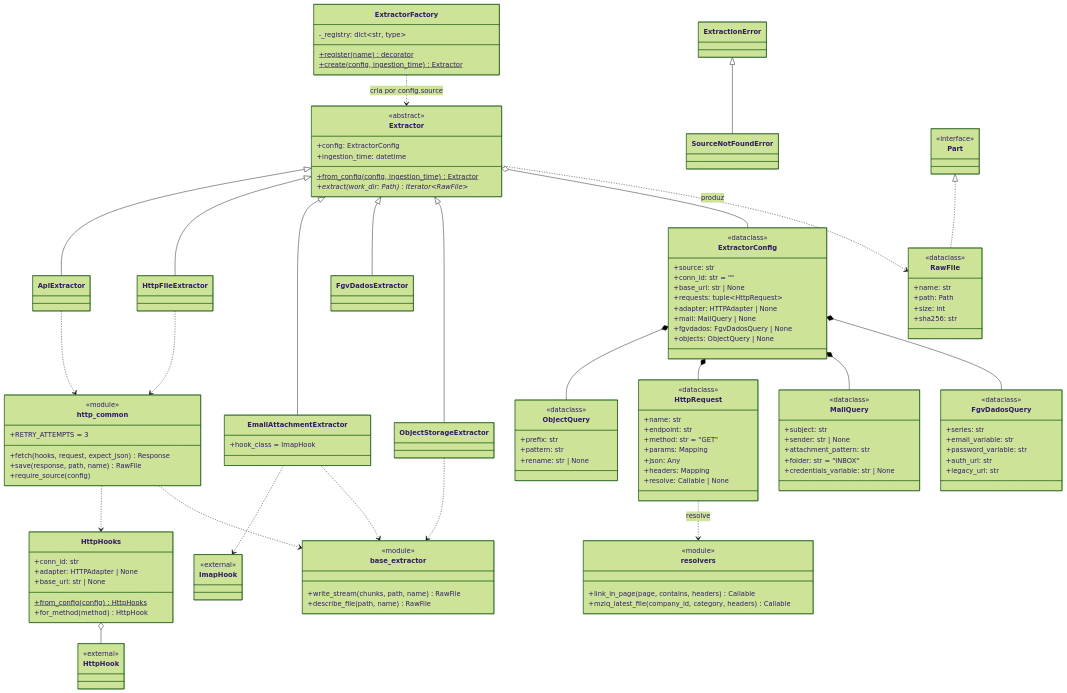
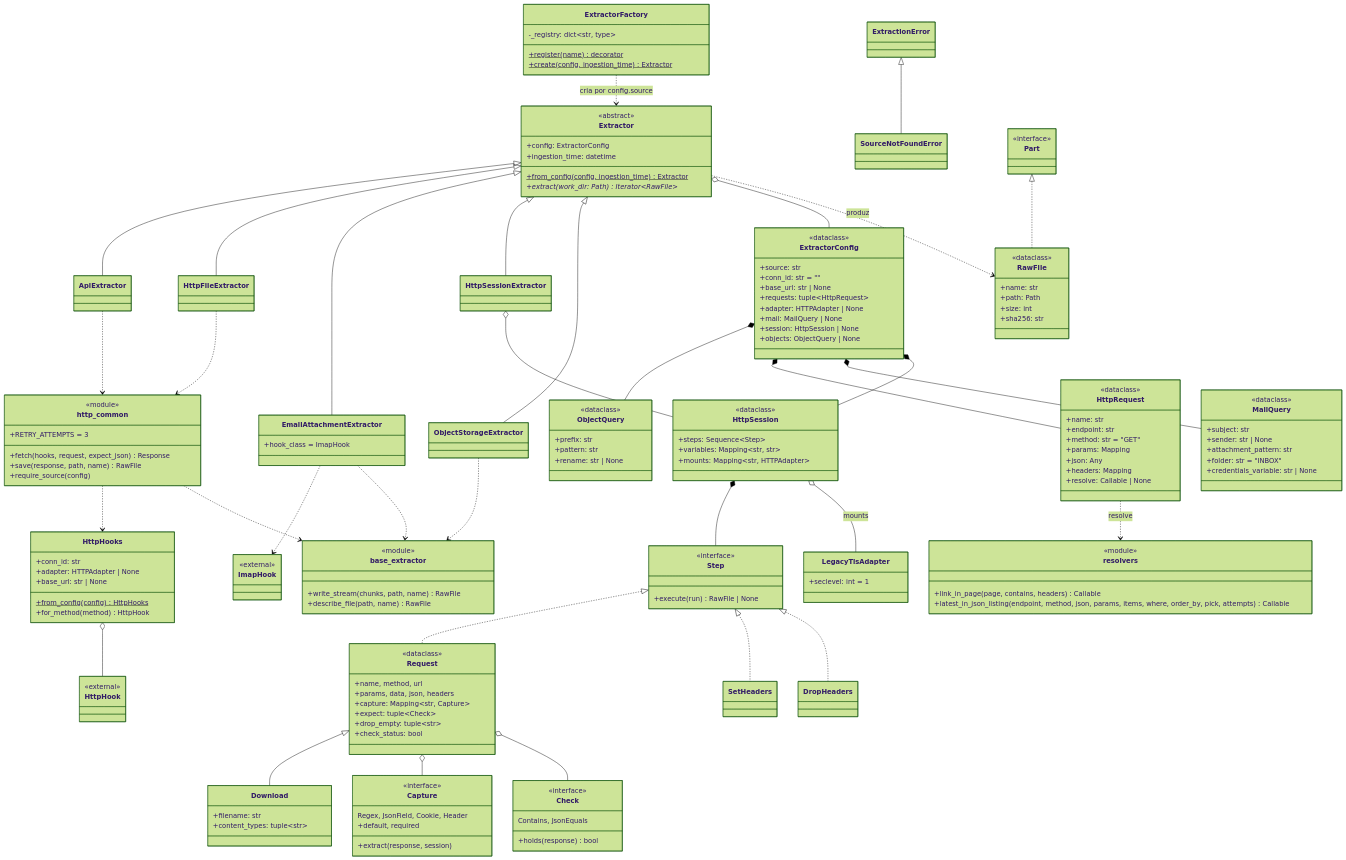
Before and after one commit to GovHub-br/data-application-cidades: the fourth of 8 diagrams in docs/ingestao/diagrama-classes.md, drawn with Mermaid (forest theme). The commit also changed other lines of this file and 2 other files, not shown here.

Commit message:
docs(ingestion): diagrama e documentos com as peças genéricas
http_session, latest_in_json_listing e JsonConverter com nested/columns no
lugar de fgvdados, mziq_latest_file e IbgeV3Converter; revalidação no
Airflow com partições idênticas.

```diff
--- a/docs/ingestao/diagrama-classes.md
+++ b/docs/ingestao/diagrama-classes.md
@@ -174,7 +174,7 @@
     class EmailAttachmentExtractor {
         +hook_class = ImapHook
     }
-    class FgvDadosExtractor
+    class HttpSessionExtractor
     class ObjectStorageExtractor
     class ExtractorFactory {
         -_registry: dict~str, type~
@@ -189,7 +189,7 @@
         +requests: tuple~HttpRequest~
         +adapter: HTTPAdapter | None
         +mail: MailQuery | None
-        +fgvdados: FgvDadosQuery | None
+        +session: HttpSession | None
         +objects: ObjectQuery | None
     }
     class ObjectQuery {
@@ -198,18 +198,49 @@
         +pattern: str
         +rename: str | None
     }
-    class FgvDadosQuery {
+    class HttpSession {
         <<dataclass>>
-        +series: str
-        +email_variable: str
-        +password_variable: str
-        +auth_url: str
-        +legacy_url: str
+        +steps: Sequence~Step~
+        +variables: Mapping~str, str~
+        +mounts: Mapping~str, HTTPAdapter~
+    }
+    class Step {
+        <<interface>>
+        +execute(run) RawFile | None
+    }
+    class Request {
+        <<dataclass>>
+        +name, method, url
+        +params, data, json, headers
+        +capture: Mapping~str, Capture~
+        +expect: tuple~Check~
+        +drop_empty: tuple~str~
+        +check_status: bool
+    }
+    class Download {
+        +filename: str
+        +content_types: tuple~str~
+    }
+    class SetHeaders
+    class DropHeaders
+    class Capture {
+        <<interface>>
+        Regex, JsonField, Cookie, Header
+        +default, required
+        +extract(response, session)
+    }
+    class Check {
+        <<interface>>
+        Contains, JsonEquals
+        +holds(response) bool
+    }
+    class LegacyTlsAdapter {
+        +seclevel: int = 1
     }
     class resolvers {
         <<module>>
         +link_in_page(page, contains, headers) Callable
-        +mziq_latest_file(company_id, category, headers) Callable
+        +latest_in_json_listing(endpoint, method, json, params, items, where, order_by, pick, attempts) Callable
     }
     class HttpRequest {
         <<dataclass>>
@@ -270,14 +301,23 @@
     Extractor <|-- ApiExtractor
     Extractor <|-- HttpFileExtractor
     Extractor <|-- EmailAttachmentExtractor
-    Extractor <|-- FgvDadosExtractor
+    Extractor <|-- HttpSessionExtractor
+    HttpSessionExtractor o-- HttpSession
+    HttpSession *-- Step
+    Step <|.. Request
+    Request <|-- Download
+    Step <|.. SetHeaders
+    Step <|.. DropHeaders
+    Request o-- Capture
+    Request o-- Check
+    HttpSession o-- LegacyTlsAdapter : mounts
     Extractor <|-- ObjectStorageExtractor
     ExtractorConfig *-- ObjectQuery
     ObjectStorageExtractor ..> base_extractor
     Extractor o-- ExtractorConfig
     ExtractorConfig *-- HttpRequest
     ExtractorConfig *-- MailQuery
-    ExtractorConfig *-- FgvDadosQuery
+    ExtractorConfig *-- HttpSession
     HttpRequest ..> resolvers : resolve
     ExtractorFactory ..> Extractor : cria por config.source
     Extractor ..> RawFile : produz
```
